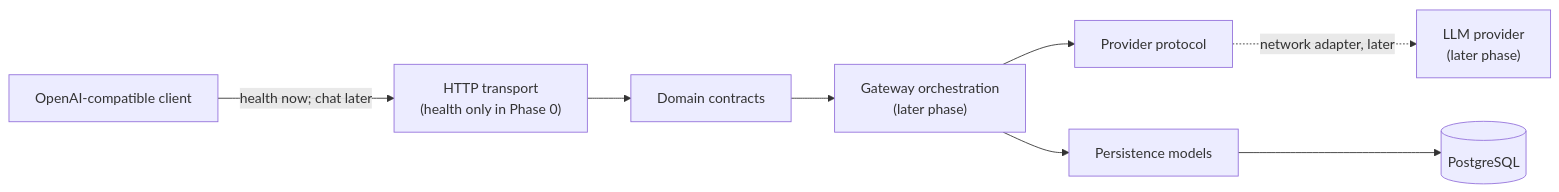
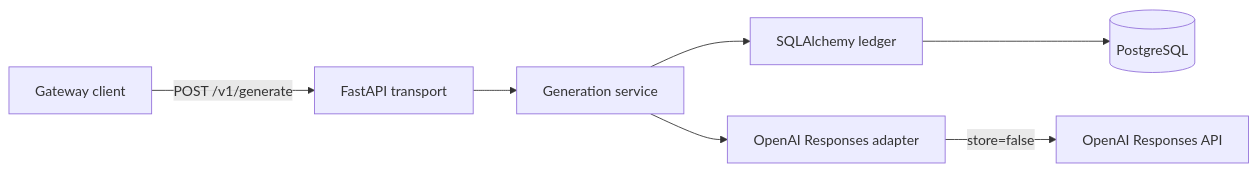
One commit to mthinhngn/Porta changed the diagram in docs/architecture.md. Above: the diagram before and after it, drawn with Mermaid. The commit also changed other lines of this file and 23 other files, not shown here.

Commit message:
Complete Phase 1 generation repair

````diff
--- a/docs/architecture.md
+++ b/docs/architecture.md
@@ -32,19 +21,17 @@
 ```mermaid
 flowchart LR
-    Client["OpenAI-compatible client"]
-    Transport["HTTP transport<br/>(health only in Phase 0)"]
-    Domain["Domain contracts"]
-    Service["Gateway orchestration<br/>(later phase)"]
-    Provider["Provider protocol"]
-    Upstream["LLM provider<br/>(later phase)"]
-    Persistence["Persistence models"]
-    Postgres[("PostgreSQL")]
+    Client["Gateway client"]
+    API["FastAPI transport"]
+    Service["Generation service"]
+    Ledger["SQLAlchemy ledger"]
+    Provider["OpenAI Responses adapter"]
+    OpenAI["OpenAI Responses API"]
+    Database[("PostgreSQL")]
 
-    Client -->|health now; chat later| Transport
-    Transport --> Domain
-    Domain --> Service
+    Client -->|POST /v1/generate| API
+    API --> Service
+    Service --> Ledger
+    Ledger --> Database
     Service --> Provider
-    Provider -.->|network adapter, later| Upstream
-    Service --> Persistence
-    Persistence --> Postgres
+    Provider -->|store=false| OpenAI
 ```
````
